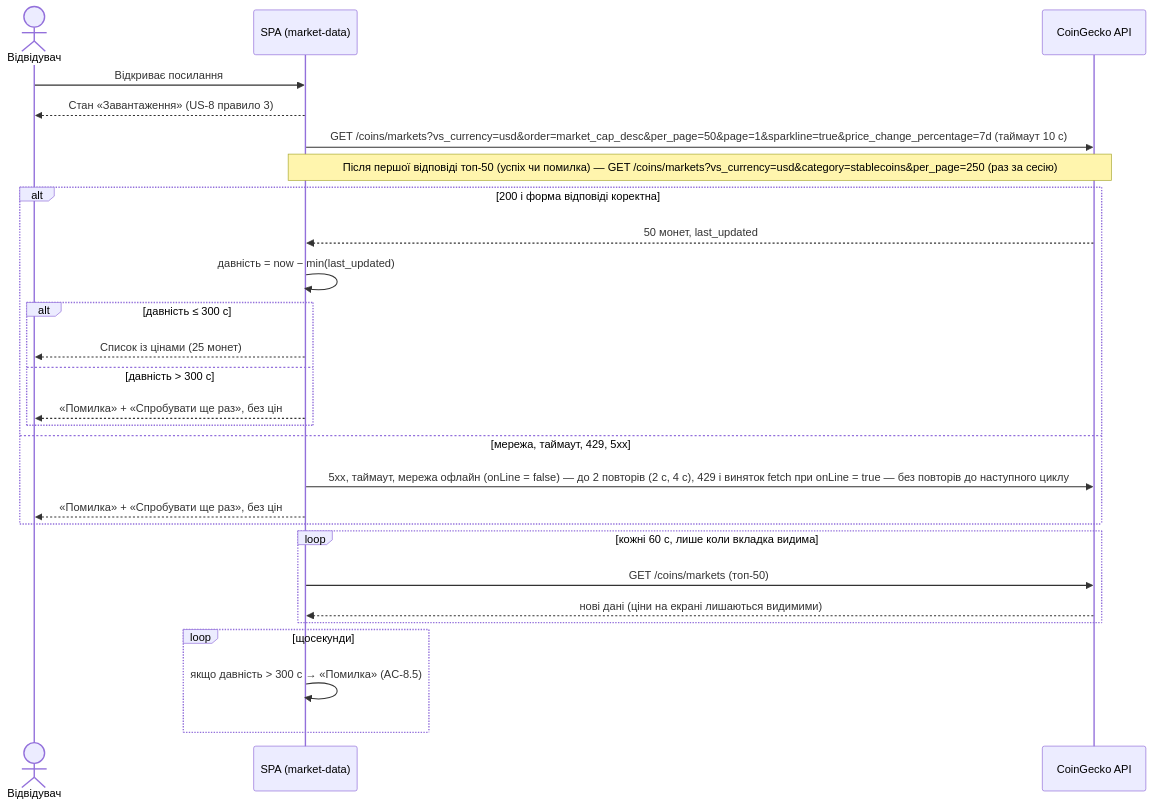
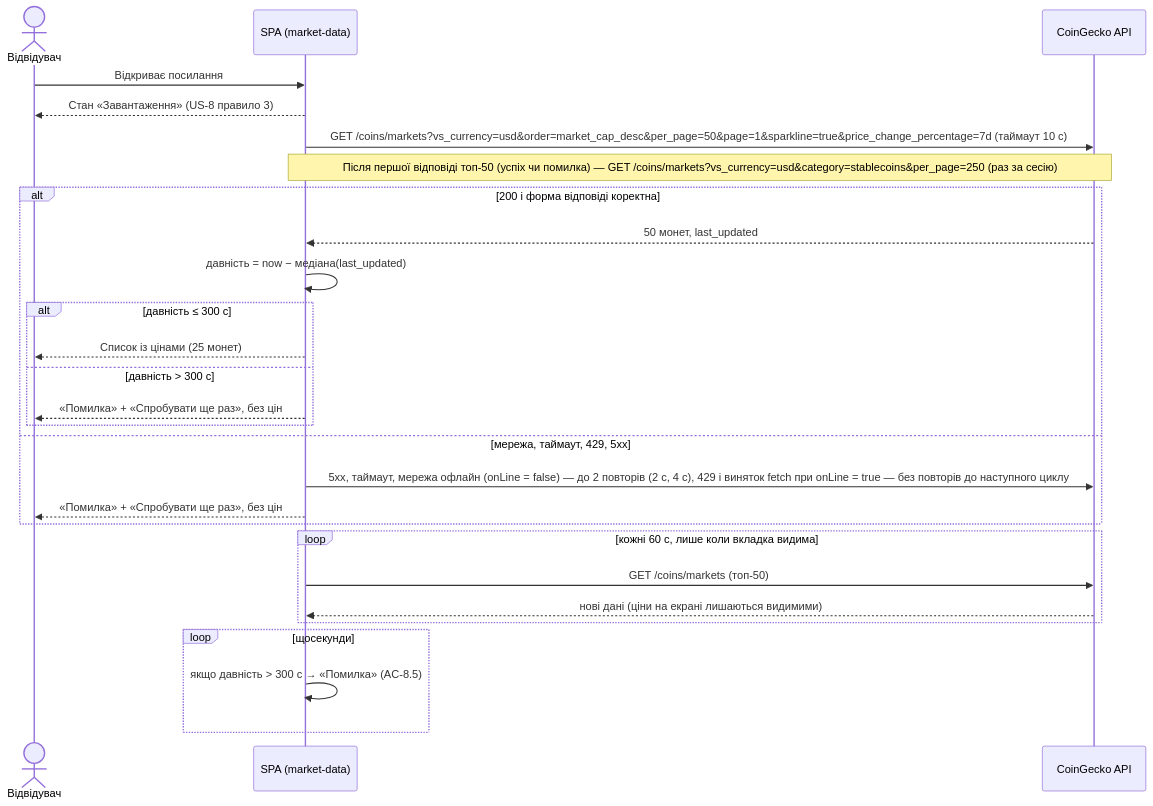
The fourth of 6 diagrams in .agentic/specs/03-architecture.md (ivangithubed/crypto-radar), drawn with Mermaid before and after one commit. The commit also changed other lines of this file and 5 other files, not shown here.

````diff
--- a/.agentic/specs/03-architecture.md
+++ b/.agentic/specs/03-architecture.md
@@ -196,29 +196,29 @@
 ```mermaid
 sequenceDiagram
     actor V as Відвідувач
     participant SPA as SPA (market-data)
     participant CG as CoinGecko API
     V->>SPA: Відкриває посилання
     SPA-->>V: Стан «Завантаження» (US-8 правило 3)
     SPA->>CG: GET /coins/markets?vs_currency=usd&order=market_cap_desc&per_page=50&page=1&sparkline=true&price_change_percentage=7d (таймаут 10 с)
     Note over SPA,CG: Після першої відповіді топ-50 (успіх чи помилка) — GET /coins/markets?vs_currency=usd&category=stablecoins&per_page=250 (раз за сесію)
     alt 200 і форма відповіді коректна
         CG-->>SPA: 50 монет, last_updated
-        SPA->>SPA: давність = now − min(last_updated)
+        SPA->>SPA: давність = now − медіана(last_updated)
         alt давність ≤ 300 с
             SPA-->>V: Список із цінами (25 монет)
         else давність > 300 с
             SPA-->>V: «Помилка» + «Спробувати ще раз», без цін
         end
     else мережа, таймаут, 429, 5xx
         SPA->>CG: 5xx, таймаут, мережа офлайн (onLine = false) — до 2 повторів (2 с, 4 с), 429 і виняток fetch при onLine = true — без повторів до наступного циклу
         SPA-->>V: «Помилка» + «Спробувати ще раз», без цін
     end
     loop кожні 60 с, лише коли вкладка видима
         SPA->>CG: GET /coins/markets (топ-50)
         CG-->>SPA: нові дані (ціни на екрані лишаються видимими)
     end
     loop щосекунди
         SPA->>SPA: якщо давність > 300 с → «Помилка» (AC-8.5)
     end
 ```
````
